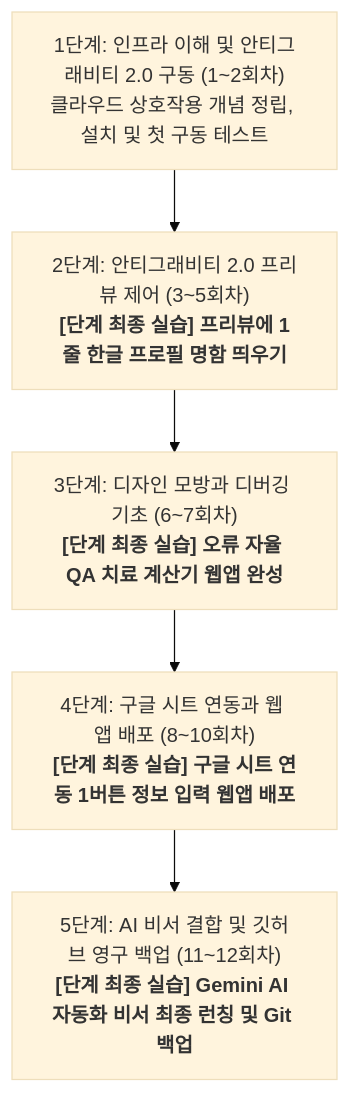
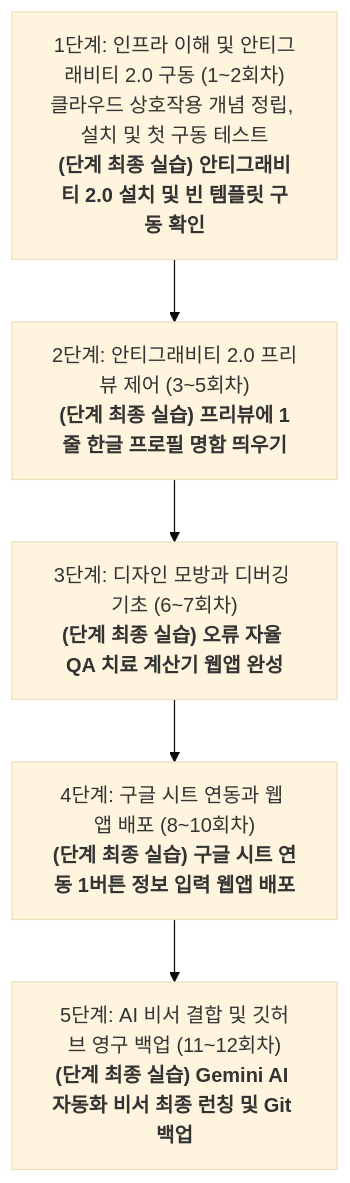
Before and after one commit to AI-aca/AIEdu: the diagram in AI_Education_Curriculum_12Weeks.md, drawn with Mermaid (base theme). The commit also changed other lines of this file and 2 other files, not shown here.

Commit message:
교육 기획서 및 프로젝트 룰 최종 정합성 검수 및 5건의 흐름 단절/다이어그램 버그 수정

````diff
--- a/AI_Education_Curriculum_12Weeks.md
+++ b/AI_Education_Curriculum_12Weeks.md
@@ -14,7 +14,7 @@
 ```mermaid
 graph TD
-    A["1단계: 인프라 이해 및 안티그래비티 2.0 구동 (1~2회차)<br>클라우드 상호작용 개념 정립, 설치 및 첫 구동 테스트"] --> B["2단계: 안티그래비티 2.0 프리뷰 제어 (3~5회차)<br><b>[단계 최종 실습] 프리뷰에 1줄 한글 프로필 명함 띄우기</b>"]
-    B --> C["3단계: 디자인 모방과 디버깅 기초 (6~7회차)<br><b>[단계 최종 실습] 오류 자율 QA 치료 계산기 웹앱 완성</b>"]
-    C --> D["4단계: 구글 시트 연동과 웹 앱 배포 (8~10회차)<br><b>[단계 최종 실습] 구글 시트 연동 1버튼 정보 입력 웹앱 배포</b>"]
-    D --> E["5단계: AI 비서 결합 및 깃허브 영구 백업 (11~12회차)<br><b>[단계 최종 실습] Gemini AI 자동화 비서 최종 런칭 및 Git 백업</b>"]
+    A["1단계: 인프라 이해 및 안티그래비티 2.0 구동 (1~2회차)<br>클라우드 상호작용 개념 정립, 설치 및 첫 구동 테스트<br><b>(단계 최종 실습) 안티그래비티 2.0 설치 및 빈 템플릿 구동 확인</b>"] --> B["2단계: 안티그래비티 2.0 프리뷰 제어 (3~5회차)<br><b>(단계 최종 실습) 프리뷰에 1줄 한글 프로필 명함 띄우기</b>"]
+    B --> C["3단계: 디자인 모방과 디버깅 기초 (6~7회차)<br><b>(단계 최종 실습) 오류 자율 QA 치료 계산기 웹앱 완성</b>"]
+    C --> D["4단계: 구글 시트 연동과 웹 앱 배포 (8~10회차)<br><b>(단계 최종 실습) 구글 시트 연동 1버튼 정보 입력 웹앱 배포</b>"]
+    D --> E["5단계: AI 비서 결합 및 깃허브 영구 백업 (11~12회차)<br><b>(단계 최종 실습) Gemini AI 자동화 비서 최종 런칭 및 Git 백업</b>"]
 ```
````
